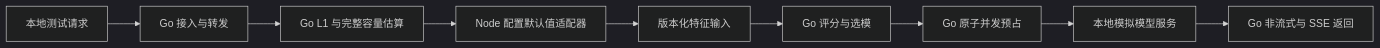
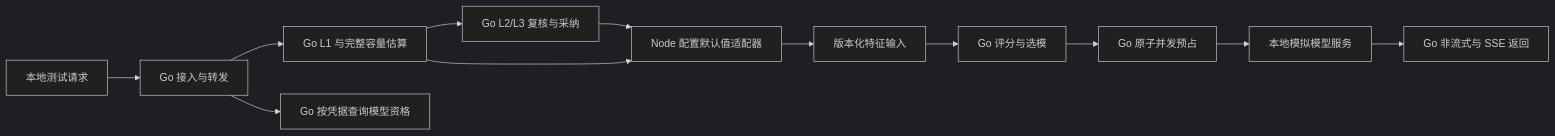
The diagram in go-core/README.md (xwbmotor/cmtoken-auto-model-router), drawn with Mermaid (dark theme) before and after one commit. The commit also changed other lines of this file and 27 other files, not shown here.

Commit message:
feat(go-core): add native semantic review and tenant scope cache

````diff
--- a/go-core/README.md
+++ b/go-core/README.md
@@ -9,11 +9,14 @@
 ```mermaid
 flowchart LR
     Client[本地测试请求] --> Gateway[Go 接入与转发]
     Gateway --> Analysis[Go L1 与完整容量估算]
+    Gateway --> Scope[Go 按凭据查询模型资格]
+    Analysis --> Semantic[Go L2/L3 复核与采纳]
+    Semantic --> Adapter
     Analysis --> Adapter[Node 配置默认值适配器]
     Adapter --> Features[版本化特征输入]
     Features --> Kernel[Go 评分与选模]
     Kernel --> Admission[Go 原子并发预占]
     Admission --> Mock[本地模拟模型服务]
     Mock --> Stream[Go 非流式与 SSE 返回]
 ```
````
